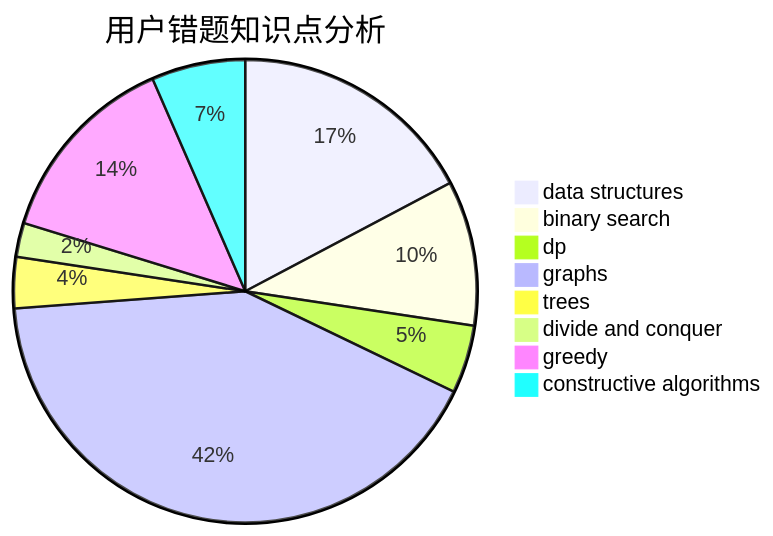
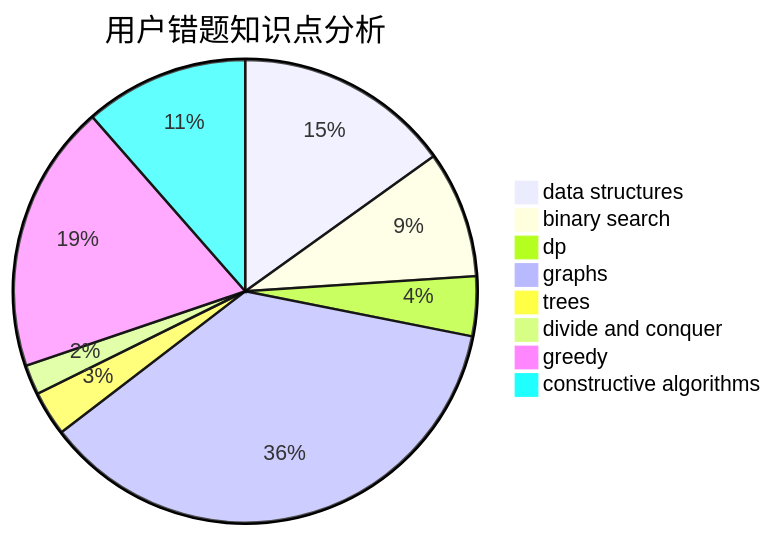
The third of 3 diagrams in docs/user/u629.md (sherpahu/cfrs.github.io), drawn with Mermaid before and after one commit. The commit also changed other lines of this file and 2770 other files, not shown here.

````diff
--- a/docs/user/u629.md
+++ b/docs/user/u629.md
@@ -36,11 +36,11 @@
 ```mermaid
 pie title 用户错题知识点分析
     "data structures" :  29
     "binary search" :  17
     "dp" :  8
     "graphs" :  70
     "trees" :  6
     "divide and conquer" :  4
-    "greedy" :  23
-    "constructive algorithms" :  11
+    "greedy" :  36
+    "constructive algorithms" :  22
 ```
````
